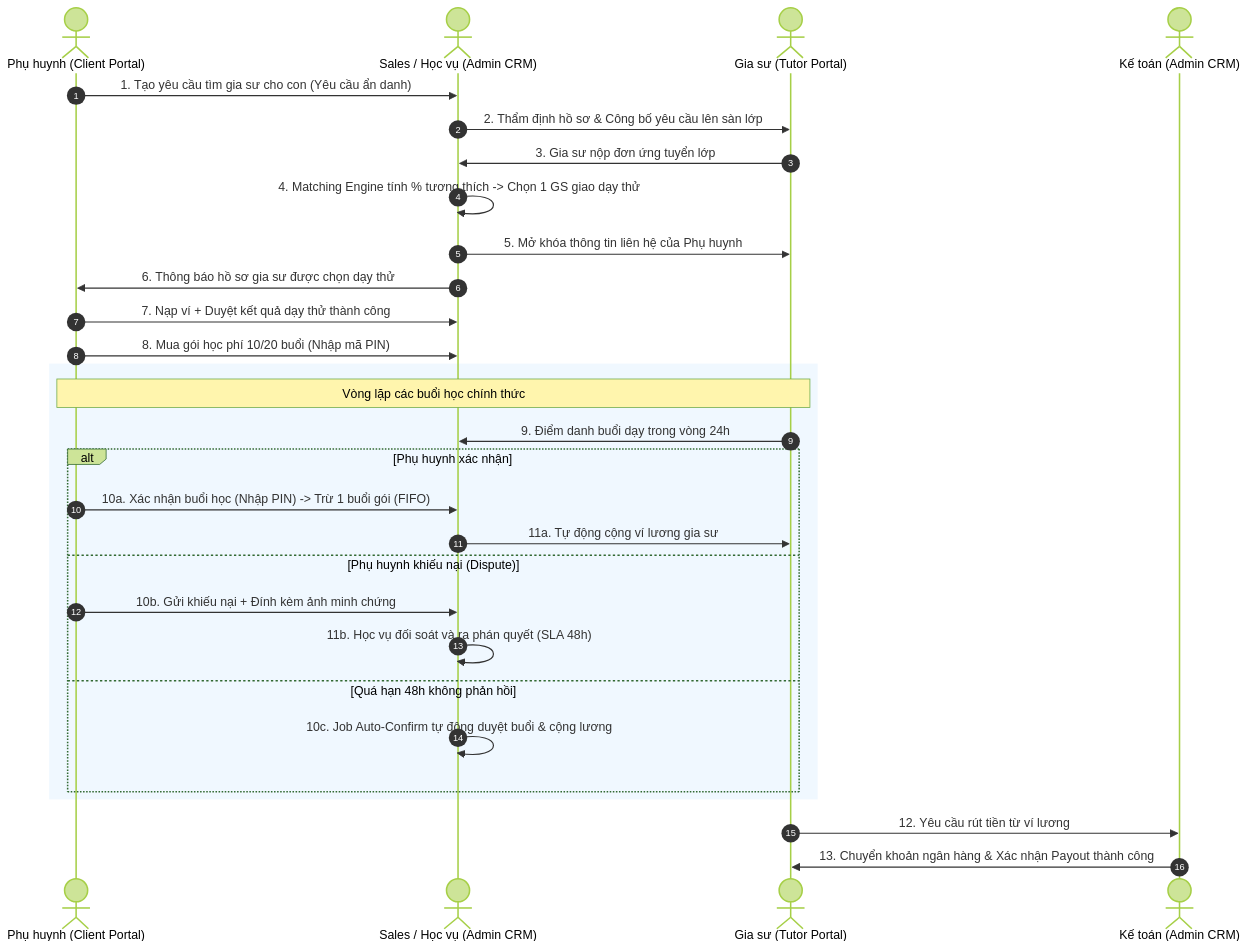
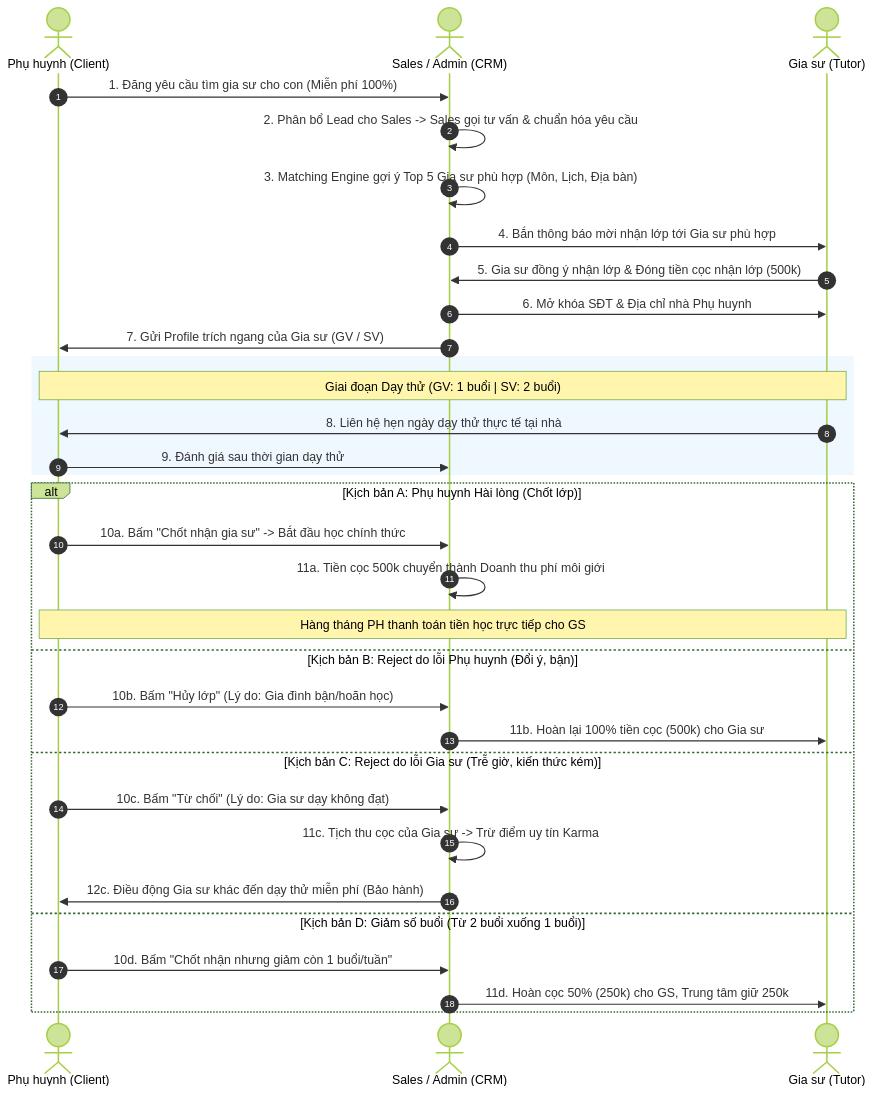
One commit to dung-0109/DATN_CRM_GIA_SU changed the diagram in docs/nghiep-vu/README.md. Above: the diagram before and after it, drawn with Mermaid (forest theme). The commit also changed other lines of this file and 60 other files, not shown here.

````diff
--- a/docs/nghiep-vu/README.md
+++ b/docs/nghiep-vu/README.md
@@ -32,35 +41,41 @@
 ```mermaid
 sequenceDiagram
     autonumber
-    actor PH as Phụ huynh (Client Portal)
-    actor CRM as Sales / Học vụ (Admin CRM)
-    actor GS as Gia sư (Tutor Portal)
-    actor KT as Kế toán (Admin CRM)
+    actor PH as Phụ huynh (Client)
+    actor CRM as Sales / Admin (CRM)
+    actor GS as Gia sư (Tutor)
 
-    PH->>CRM: 1. Tạo yêu cầu tìm gia sư cho con (Yêu cầu ẩn danh)
-    CRM->>GS: 2. Thẩm định hồ sơ & Công bố yêu cầu lên sàn lớp
-    GS->>CRM: 3. Gia sư nộp đơn ứng tuyển lớp
-    CRM->>CRM: 4. Matching Engine tính % tương thích -> Chọn 1 GS giao dạy thử
-    CRM->>GS: 5. Mở khóa thông tin liên hệ của Phụ huynh
-    CRM->>PH: 6. Thông báo hồ sơ gia sư được chọn dạy thử
-    
-    PH->>CRM: 7. Nạp ví + Duyệt kết quả dạy thử thành công
-    PH->>CRM: 8. Mua gói học phí 10/20 buổi (Nhập mã PIN)
+    %% Giai đoạn 1: Đăng tin & Ghép lớp
+    PH->>CRM: 1. Đăng yêu cầu tìm gia sư cho con (Miễn phí 100%)
+    CRM->>CRM: 2. Phân bổ Lead cho Sales -> Sales gọi tư vấn & chuẩn hóa yêu cầu
+    CRM->>CRM: 3. Matching Engine gợi ý Top 5 Gia sư phù hợp (Môn, Lịch, Địa bàn)
+    CRM->>GS: 4. Bắn thông báo mời nhận lớp tới Gia sư phù hợp
+
+    %% Giai đoạn 2: Đặt cọc & Dạy thử
+    GS->>CRM: 5. Gia sư đồng ý nhận lớp & Đóng tiền cọc nhận lớp (500k)
+    CRM->>GS: 6. Mở khóa SĐT & Địa chỉ nhà Phụ huynh
+    CRM->>PH: 7. Gửi Profile trích ngang của Gia sư (GV / SV)
     
     rect rgb(240, 248, 255)
-        Note over PH,GS: Vòng lặp các buổi học chính thức
-        GS->>CRM: 9. Điểm danh buổi dạy trong vòng 24h
-        alt Phụ huynh xác nhận
-            PH->>CRM: 10a. Xác nhận buổi học (Nhập PIN) -> Trừ 1 buổi gói (FIFO)
-            CRM->>GS: 11a. Tự động cộng ví lương gia sư
-        else Phụ huynh khiếu nại (Dispute)
-            PH->>CRM: 10b. Gửi khiếu nại + Đính kèm ảnh minh chứng
-            CRM->>CRM: 11b. Học vụ đối soát và ra phán quyết (SLA 48h)
-        else Quá hạn 48h không phản hồi
-            CRM->>CRM: 10c. Job Auto-Confirm tự động duyệt buổi & cộng lương
-        end
+        Note over PH, GS: Giai đoạn Dạy thử (GV: 1 buổi | SV: 2 buổi)
+        GS->>PH: 8. Liên hệ hẹn ngày dạy thử thực tế tại nhà
+        PH->>CRM: 9. Đánh giá sau thời gian dạy thử
     end
 
-    GS->>KT: 12. Yêu cầu rút tiền từ ví lương
-    KT->>GS: 13. Chuyển khoản ngân hàng & Xác nhận Payout thành công
+    %% Giai đoạn 3: Phán quyết & Quyết toán
+    alt Kịch bản A: Phụ huynh Hài lòng (Chốt lớp)
+        PH->>CRM: 10a. Bấm "Chốt nhận gia sư" -> Bắt đầu học chính thức
+        CRM->>CRM: 11a. Tiền cọc 500k chuyển thành Doanh thu phí môi giới
+        Note over PH, GS: Hàng tháng PH thanh toán tiền học trực tiếp cho GS
+    else Kịch bản B: Reject do lỗi Phụ huynh (Đổi ý, bận)
+        PH->>CRM: 10b. Bấm "Hủy lớp" (Lý do: Gia đình bận/hoãn học)
+        CRM->>GS: 11b. Hoàn lại 100% tiền cọc (500k) cho Gia sư
+    else Kịch bản C: Reject do lỗi Gia sư (Trễ giờ, kiến thức kém)
+        PH->>CRM: 10c. Bấm "Từ chối" (Lý do: Gia sư dạy không đạt)
+        CRM->>CRM: 11c. Tịch thu cọc của Gia sư -> Trừ điểm uy tín Karma
+        CRM->>PH: 12c. Điều động Gia sư khác đến dạy thử miễn phí (Bảo hành)
+    else Kịch bản D: Giảm số buổi (Từ 2 buổi xuống 1 buổi)
+        PH->>CRM: 10d. Bấm "Chốt nhận nhưng giảm còn 1 buổi/tuần"
+        CRM->>GS: 11d. Hoàn cọc 50% (250k) cho GS, Trung tâm giữ 250k
+    end
 ```
````
